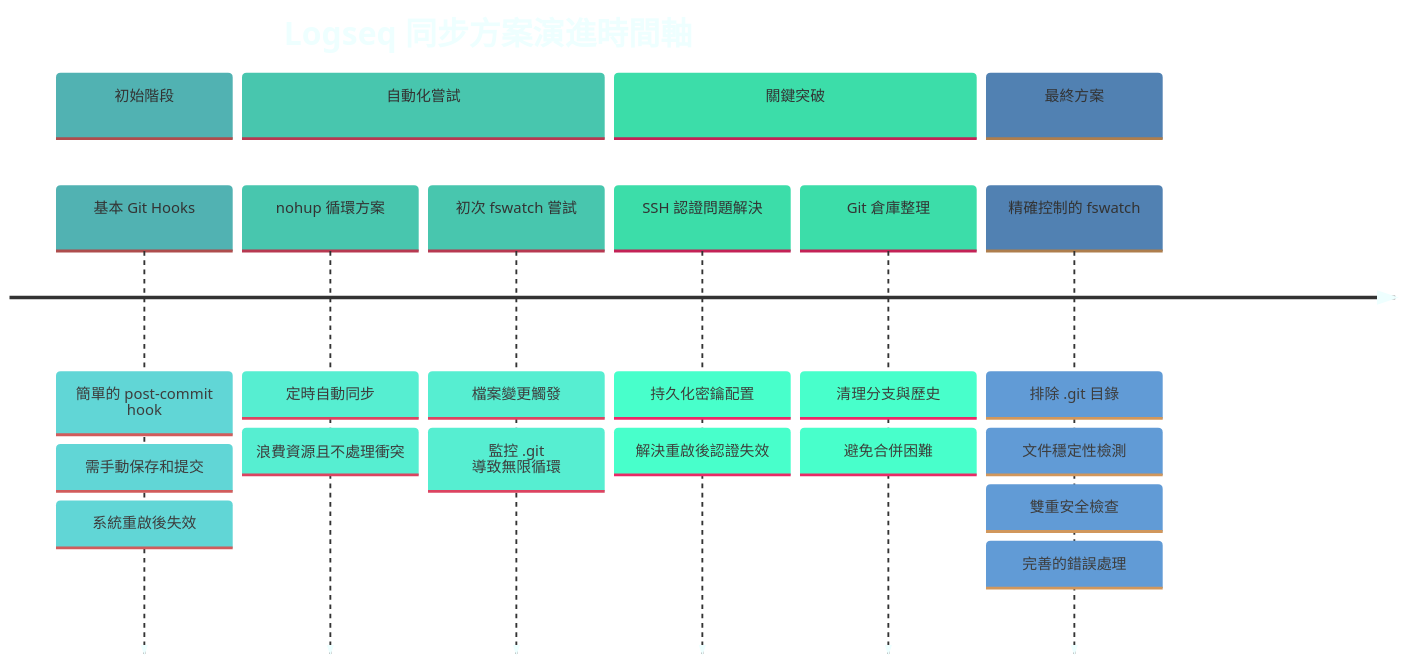
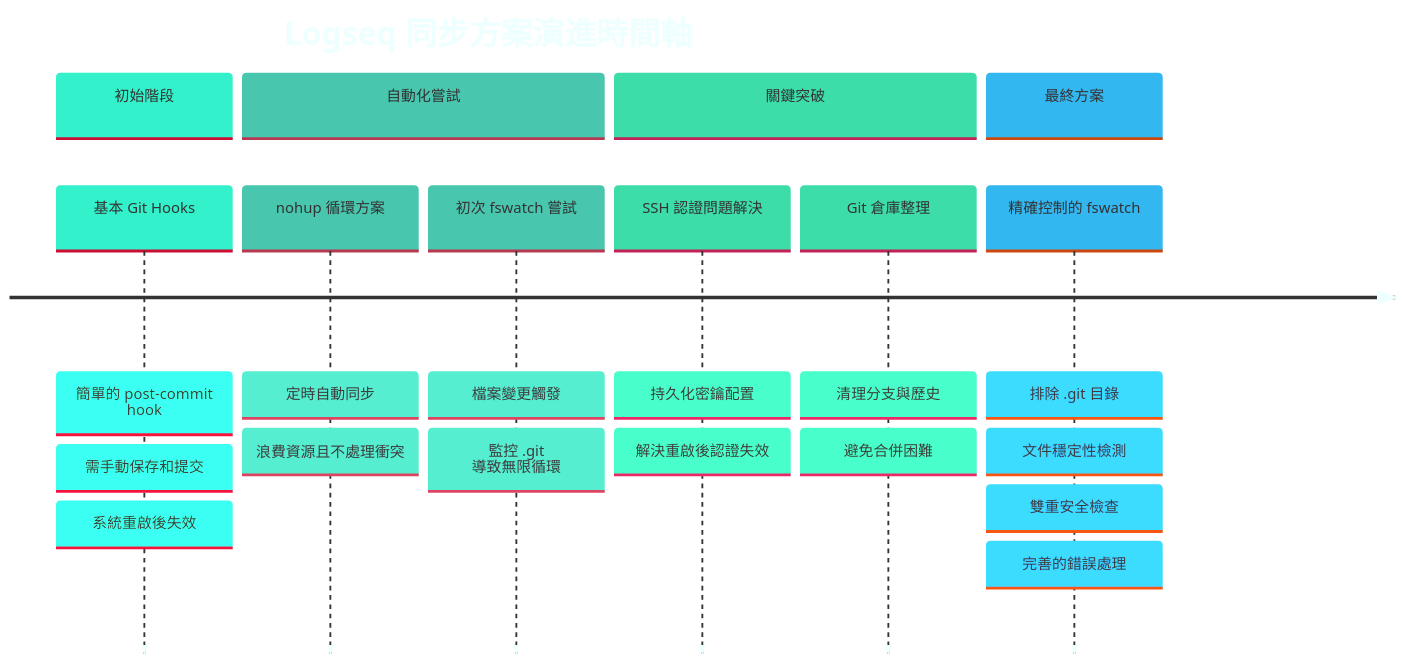
Before and after one commit to GengGeng026/Sync-Logseq: the first of 2 diagrams in Logseq同步方案演進記錄.md, drawn with Mermaid.

Commit message:
Auto-sync: Wed Mar 26 09:44:57 +08 2025

````diff
--- a/Logseq同步方案演進記錄.md
+++ b/Logseq同步方案演進記錄.md
@@ -24,39 +24,39 @@
 ```mermaid
 %%{init: {
   'theme': 'base', 
   'themeVariables': {
-    'primaryColor': '#A9D9D9',
+    'primaryColor': '#A9F9E9',
     'secondaryColor': '#A9E4D9',
     'tertiaryColor': '#A9F0D9',
     'quaternaryColor': '#A9FAD9',
     'lineColor': '#A9D9D9',
     'primaryBorderColor': '#A9D9D9',
     'background': 'transparent',
     'textColor': '#EEFFFF',
     'nodeBorder': 'darkgrey',
     'clusterBkg': 'transparent',
     'titleColor': '#EEFFFF'
   }
 }}%%
 timeline
     title Logseq 同步方案演進時間軸
     section 初始階段
         基本 Git Hooks : 簡單的 post-commit hook
         : 需手動保存和提交
         : 系統重啟後失效
     section 自動化嘗試
         nohup 循環方案 : 定時自動同步
         : 浪費資源且不處理衝突
         初次 fswatch 嘗試 : 檔案變更觸發
         : 監控 .git 導致無限循環
     section 關鍵突破
         SSH 認證問題解決 : 持久化密鑰配置
         : 解決重啟後認證失效
         Git 倉庫整理 : 清理分支與歷史
         : 避免合併困難
     section 最終方案
         精確控制的 fswatch : 排除 .git 目錄
         : 文件穩定性檢測
         : 雙重安全檢查
         : 完善的錯誤處理
 ```
````
